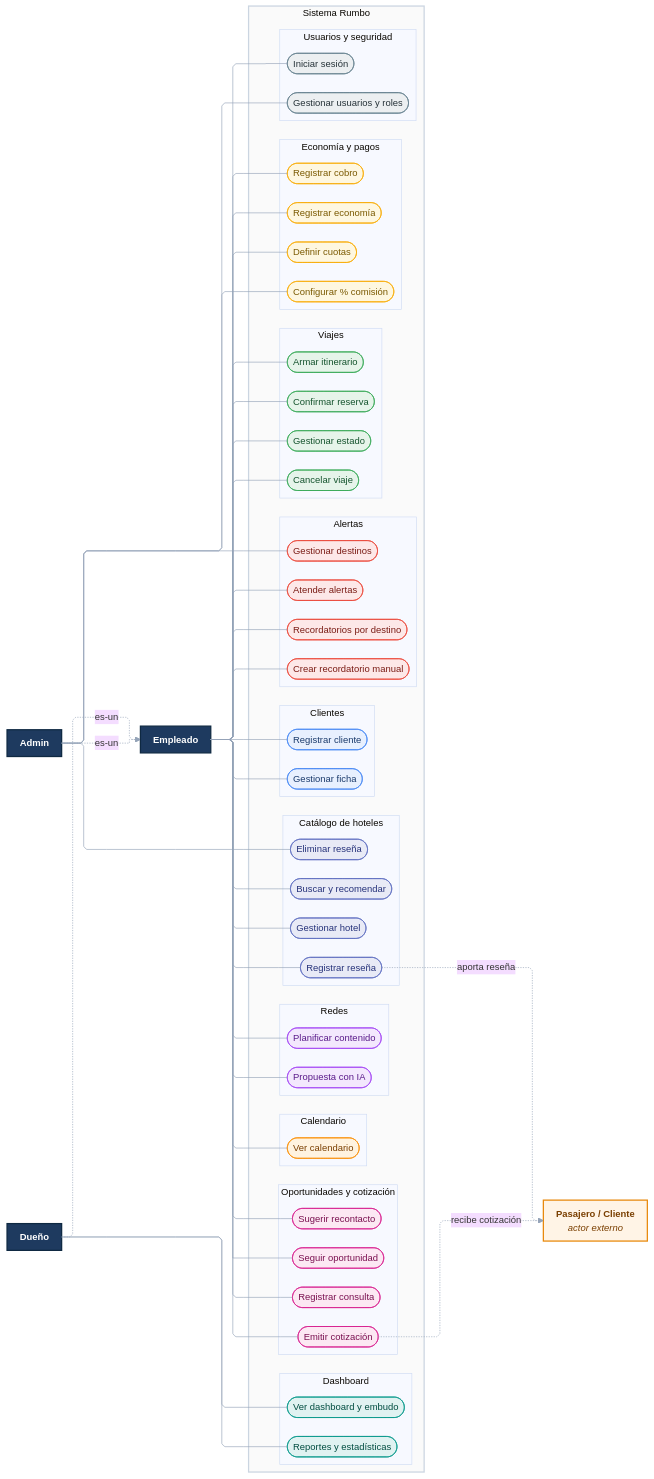
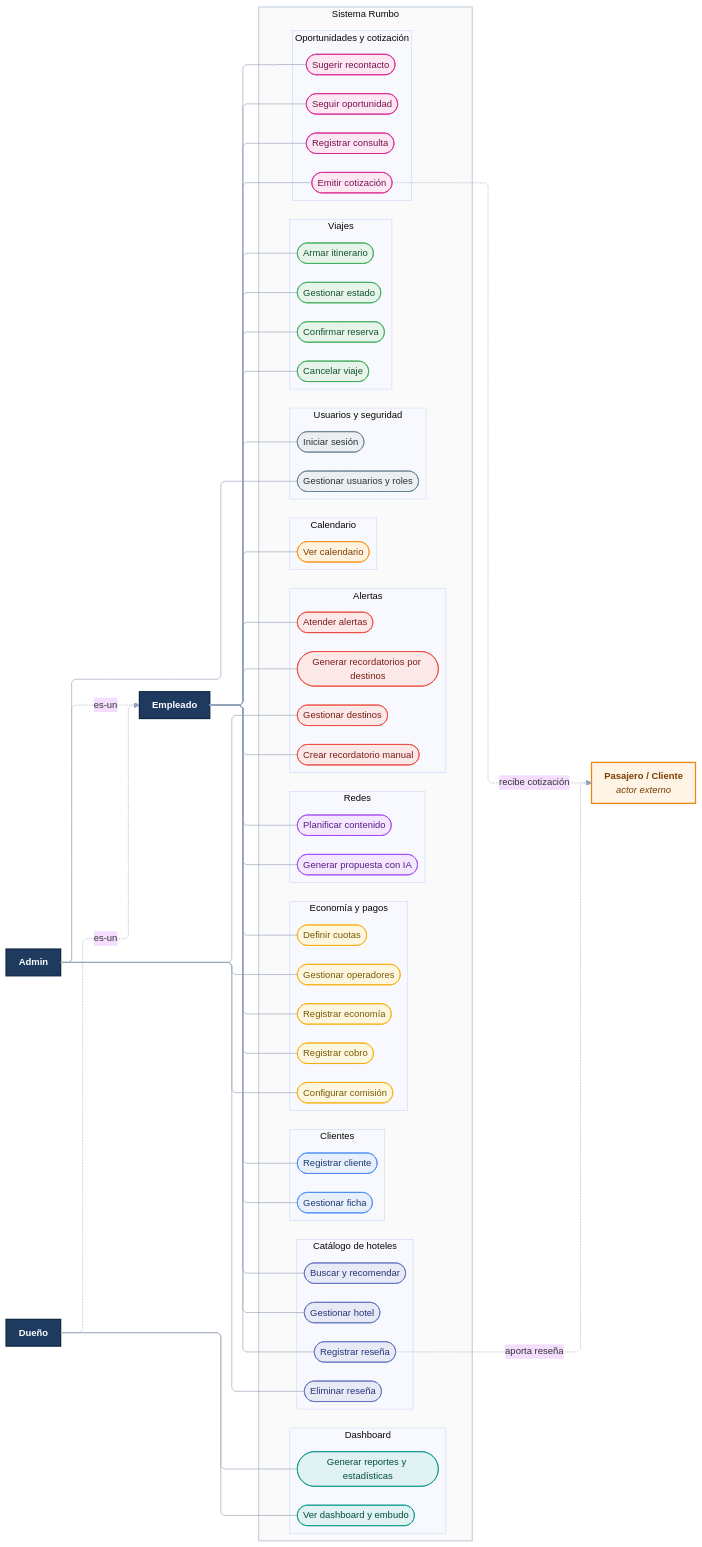
Before and after one commit to FranLuciano04/Vault-Rumbo: the diagram in 02-Analisis/DGM — Casos de uso.md, drawn with Mermaid. The commit also changed other lines of this file and 6 other files, not shown here.

First line of the commit message:
Sumar CU-31 al diagrama de casos de uso y renombrar 4 CU sin verbo

```diff
--- a/02-Analisis/DGM — Casos de uso.md
+++ b/02-Analisis/DGM — Casos de uso.md
@@ -32,11 +32,11 @@
     end
     subgraph M8[Dashboard]
       CU21([Ver dashboard y embudo]):::m8
-      CU22([Reportes y estadísticas]):::m8
+      CU22([Generar reportes y estadísticas]):::m8
     end
     subgraph M7[Redes]
       CU19([Planificar contenido]):::m7
-      CU20([Propuesta con IA]):::m7
+      CU20([Generar propuesta con IA]):::m7
     end
     subgraph M6[Catálogo de hoteles]
       CU16([Gestionar hotel]):::m6
@@ -46,7 +46,7 @@
     end
     subgraph M5[Alertas]
       CU14([Atender alertas]):::m5
-      CU15([Recordatorios por destino]):::m5
+      CU15([Generar recordatorios por destinos]):::m5
       CU26([Gestionar destinos]):::m5
       CU28([Crear recordatorio manual]):::m5
     end
@@ -54,7 +54,8 @@
       CU10([Registrar economía]):::m4
       CU11([Definir cuotas]):::m4
       CU12([Registrar cobro]):::m4
-      CU13([Configurar % comisión]):::m4
+      CU13([Configurar comisión]):::m4
+      CU31([Gestionar operadores]):::m4
     end
     subgraph M3[Viajes]
       CU07([Confirmar reserva]):::m3
@@ -92,7 +93,7 @@
   EMP --- CU24
 
   %% Admin: casos exclusivos
-  ADM --- CU13 & CU25 & CU26 & CU29
+  ADM --- CU13 & CU25 & CU26 & CU29 & CU31
 
   %% Dueño: dashboard y reportes
   DUE --- CU21 & CU22
```
